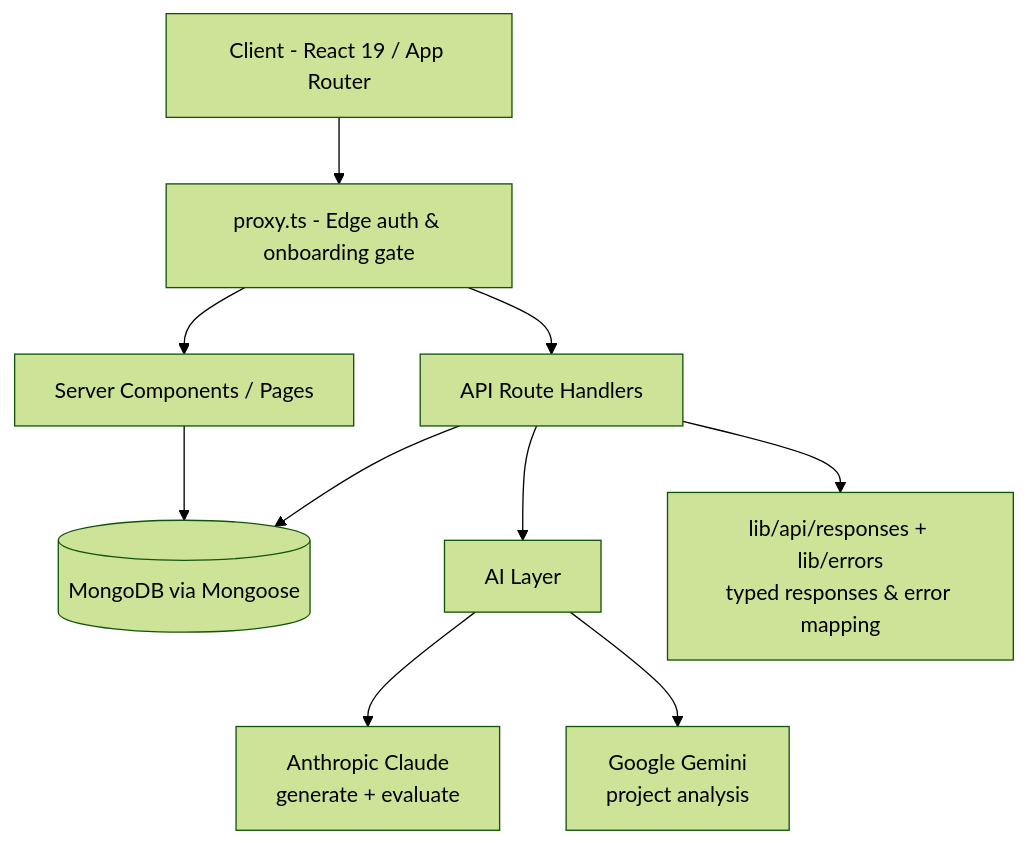
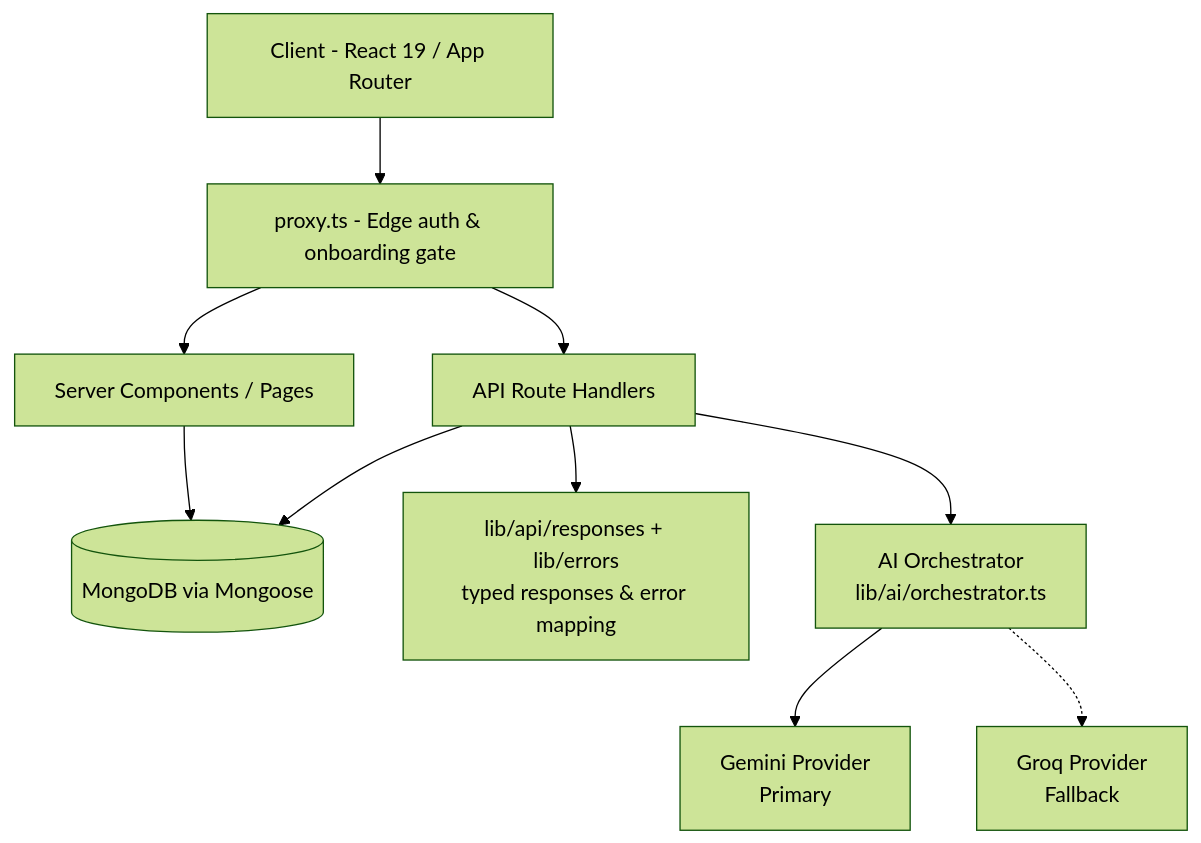
The first of 5 diagrams in README.md (Deep-2308/SkillSync-2.0), drawn with Mermaid (forest theme) before and after one commit. The commit also changed other lines of this file and 14 other files, not shown here.

````diff
--- a/README.md
+++ b/README.md
@@ -175,12 +176,12 @@
 ```mermaid
 graph TD
     A[Client - React 19 / App Router] --> B[proxy.ts - Edge auth & onboarding gate]
     B --> C[Server Components / Pages]
     B --> D[API Route Handlers]
     C --> E[(MongoDB via Mongoose)]
     D --> E
-    D --> F[AI Layer]
-    F --> G[Anthropic Claude<br/>generate + evaluate]
-    F --> H[Google Gemini<br/>project analysis]
     D --> I[lib/api/responses + lib/errors<br/>typed responses & error mapping]
+    D --> F[AI Orchestrator<br/>lib/ai/orchestrator.ts]
+    F --> G[Gemini Provider<br/>Primary]
+    F -.-> H[Groq Provider<br/>Fallback]
 ```
````
